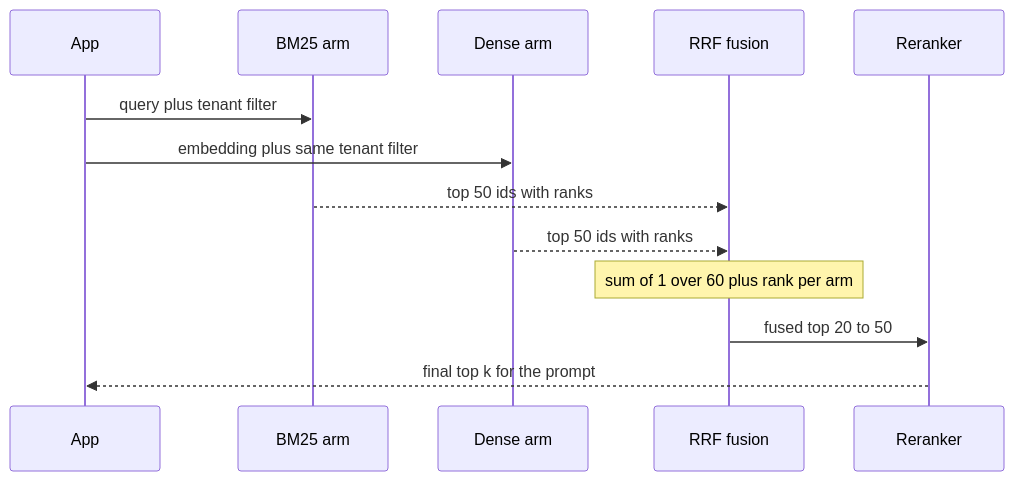
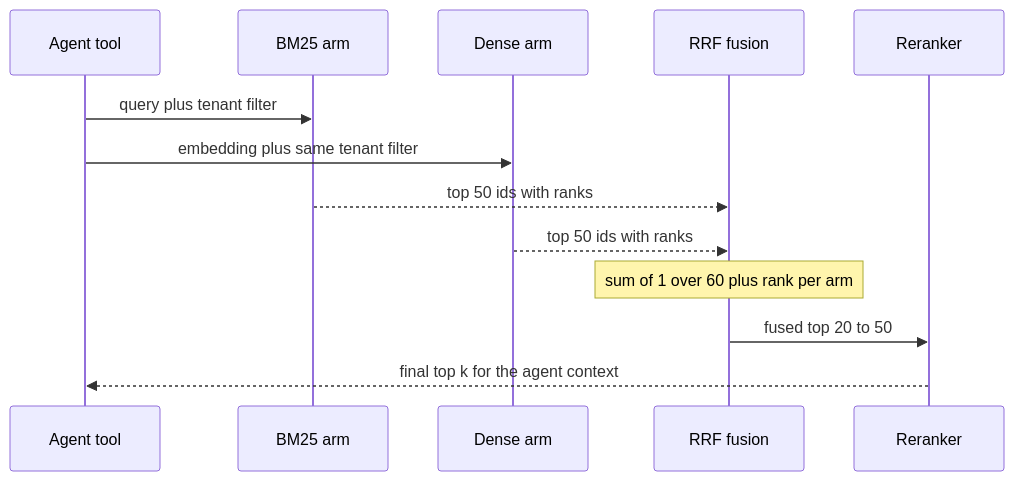
Before and after one commit to lovishmahajan97/agentic-learning: the diagram in content/rag-retrieval/hybrid-search.md, drawn with Mermaid. The commit also changed other lines of this file and 266 other files, not shown here.

````diff
--- a/content/rag-retrieval/hybrid-search.md
+++ b/content/rag-retrieval/hybrid-search.md
@@ -132,15 +153,15 @@
 ```mermaid
 sequenceDiagram
-    participant A as App
+    participant A as Agent tool
     participant L as BM25 arm
     participant D as Dense arm
     participant F as RRF fusion
     participant R as Reranker
     A->>L: query plus tenant filter
     A->>D: embedding plus same tenant filter
     L-->>F: top 50 ids with ranks
     D-->>F: top 50 ids with ranks
     Note over F: sum of 1 over 60 plus rank per arm
     F->>R: fused top 20 to 50
-    R-->>A: final top k for the prompt
+    R-->>A: final top k for the agent context
 ```
````
